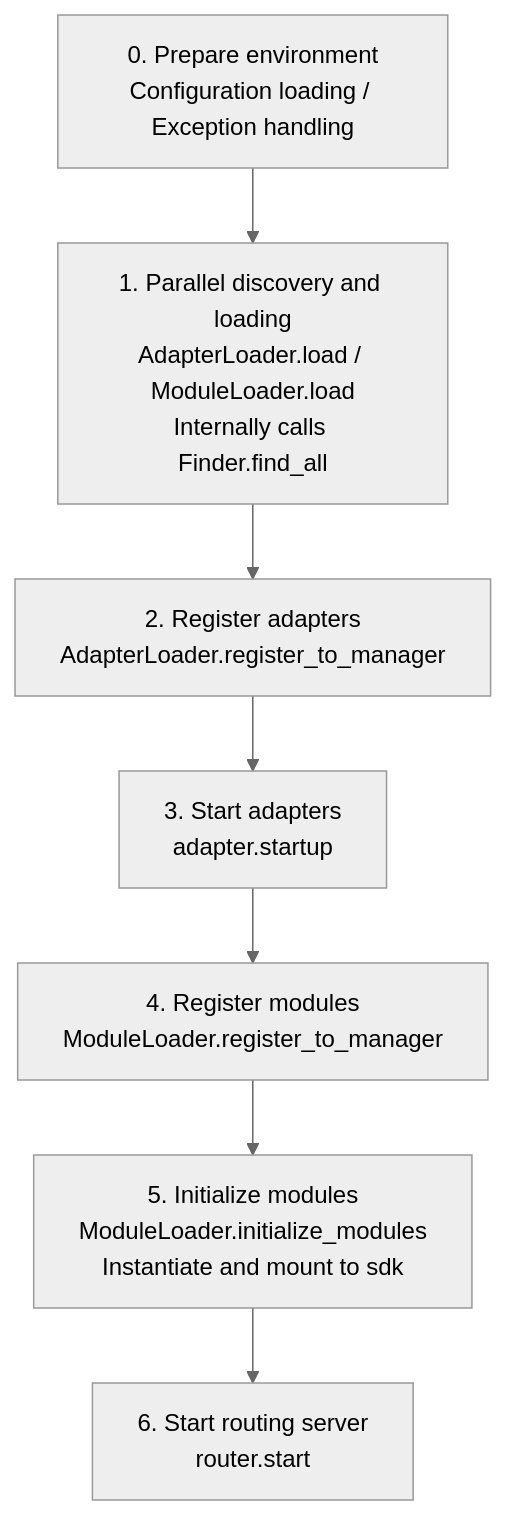
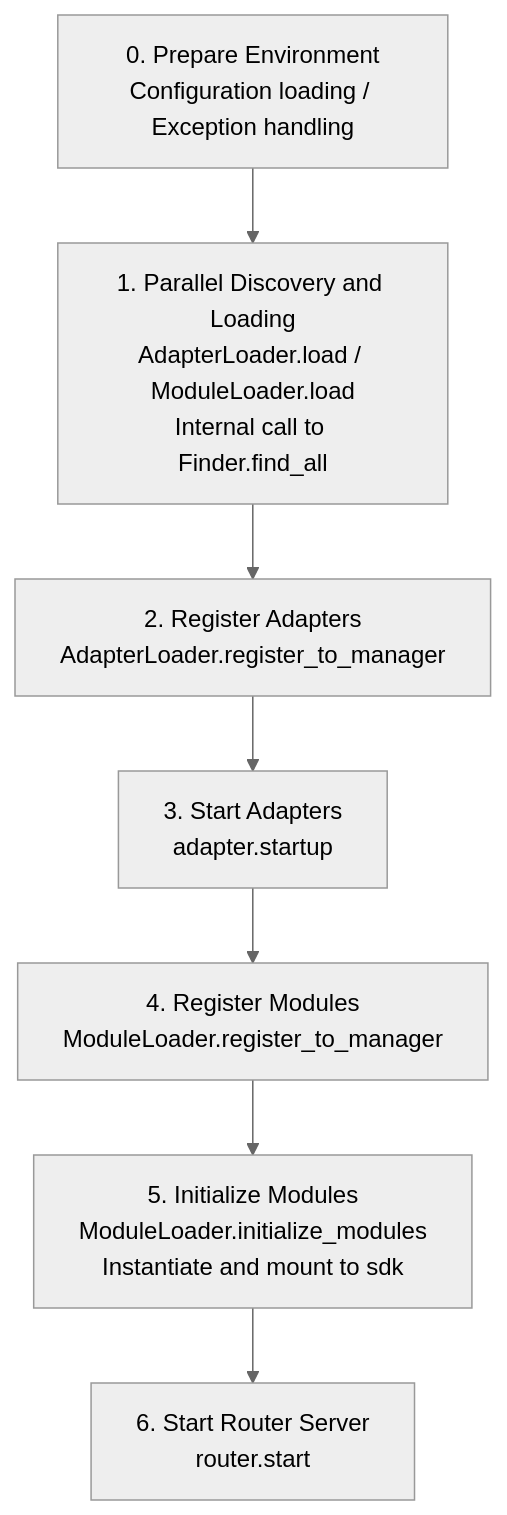
Before and after one commit to ErisPulse/ErisPulse: the sixth of 6 diagrams in docs/en/ai-support/prompts/ErisPulse-ModuleDev.md, drawn with Mermaid (neutral theme). The commit also changed other lines of this file and 215 other files, not shown here.

````diff
--- a/docs/en/ai-support/prompts/ErisPulse-ModuleDev.md
+++ b/docs/en/ai-support/prompts/ErisPulse-ModuleDev.md
@@ -8599,10 +8727,10 @@
 ```mermaid
 flowchart TD
-    A[0. Prepare environment<br/>Configuration loading / Exception handling] --> B
-    B[1. Parallel discovery and loading<br/>AdapterLoader.load / ModuleLoader.load<br/>Internally calls Finder.find_all] --> C
-    C[2. Register adapters<br/>AdapterLoader.register_to_manager] --> D
-    D[3. Start adapters<br/>adapter.startup] --> E
-    E[4. Register modules<br/>ModuleLoader.register_to_manager] --> F
-    F[5. Initialize modules<br/>ModuleLoader.initialize_modules<br/>Instantiate and mount to sdk] --> G
-    G[6. Start routing server<br/>router.start]
+    A[0. Prepare Environment<br/>Configuration loading / Exception handling] --> B
+    B[1. Parallel Discovery and Loading<br/>AdapterLoader.load / ModuleLoader.load<br/>Internal call to Finder.find_all] --> C
+    C[2. Register Adapters<br/>AdapterLoader.register_to_manager] --> D
+    D[3. Start Adapters<br/>adapter.startup] --> E
+    E[4. Register Modules<br/>ModuleLoader.register_to_manager] --> F
+    F[5. Initialize Modules<br/>ModuleLoader.initialize_modules<br/>Instantiate and mount to sdk] --> G
+    G[6. Start Router Server<br/>router.start]
 ```
````
